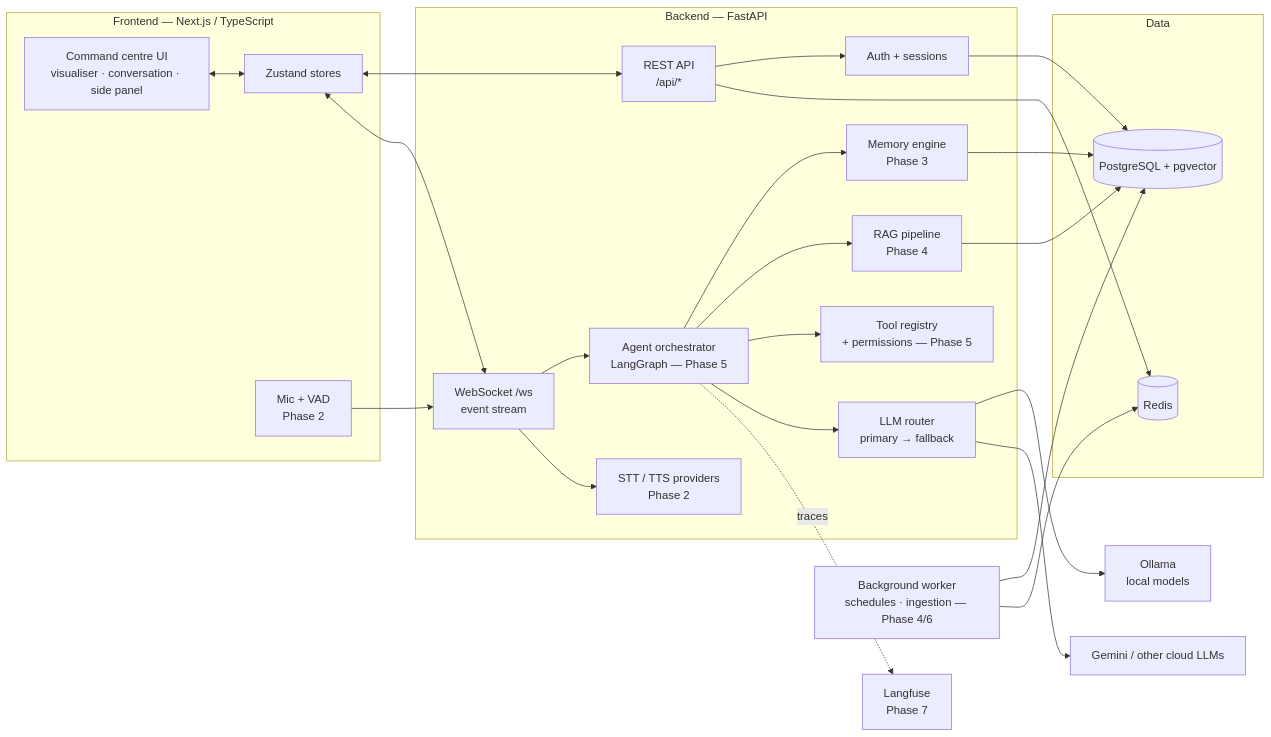
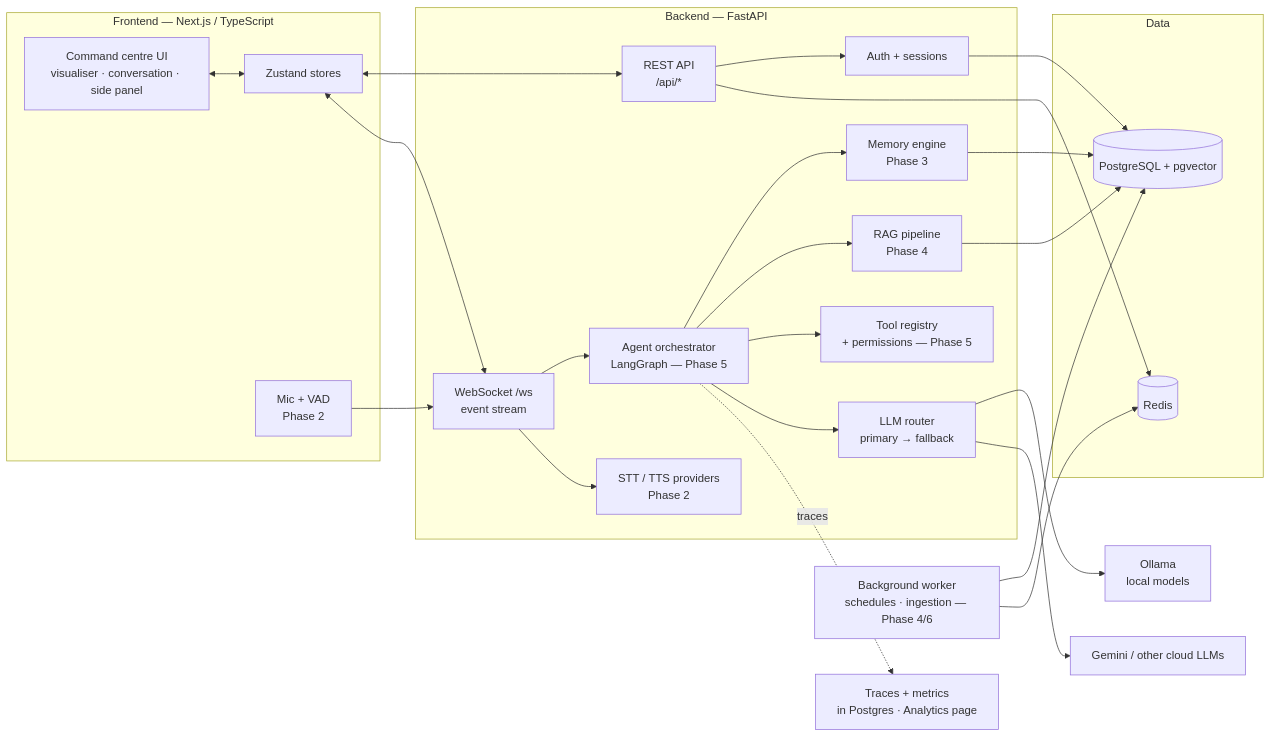
Before and after one commit to jayasuriyane04/loki: the first of 2 diagrams in docs/ARCHITECTURE.md, drawn with Mermaid. The commit also changed other lines of this file and 61 other files, not shown here.

````diff
--- a/docs/ARCHITECTURE.md
+++ b/docs/ARCHITECTURE.md
@@ -8,44 +8,44 @@
 ```mermaid
 flowchart LR
   subgraph Browser["Frontend — Next.js / TypeScript"]
     UI[Command centre UI<br/>visualiser · conversation · side panel]
     Store[Zustand stores]
     Mic[Mic + VAD<br/>Phase 2]
   end
 
   subgraph API["Backend — FastAPI"]
     REST[REST API<br/>/api/*]
     WS[WebSocket /ws<br/>event stream]
     Auth[Auth + sessions]
     Agent[Agent orchestrator<br/>LangGraph — Phase 5]
     Mem[Memory engine<br/>Phase 3]
     RAG[RAG pipeline<br/>Phase 4]
     Tools[Tool registry<br/>+ permissions — Phase 5]
     LLM[LLM router<br/>primary → fallback]
     Voice[STT / TTS providers<br/>Phase 2]
   end
 
   subgraph Data
     PG[(PostgreSQL + pgvector)]
     Redis[(Redis)]
   end
 
   Worker[Background worker<br/>schedules · ingestion — Phase 4/6]
   Ollama[Ollama<br/>local models]
   Cloud[Gemini / other cloud LLMs]
-  Obs[Langfuse<br/>Phase 7]
+  Obs[Traces + metrics<br/>in Postgres · Analytics page]
 
   UI <--> Store
   Store <--> REST
   Store <--> WS
   Mic --> WS
   WS --> Agent
   REST --> Auth
   Agent --> Mem & RAG & Tools & LLM
   WS --> Voice
   LLM --> Ollama & Cloud
   Mem & RAG & Auth --> PG
   Worker --> PG & Redis
   REST --> Redis
   Agent -.traces.-> Obs
 ```
````
